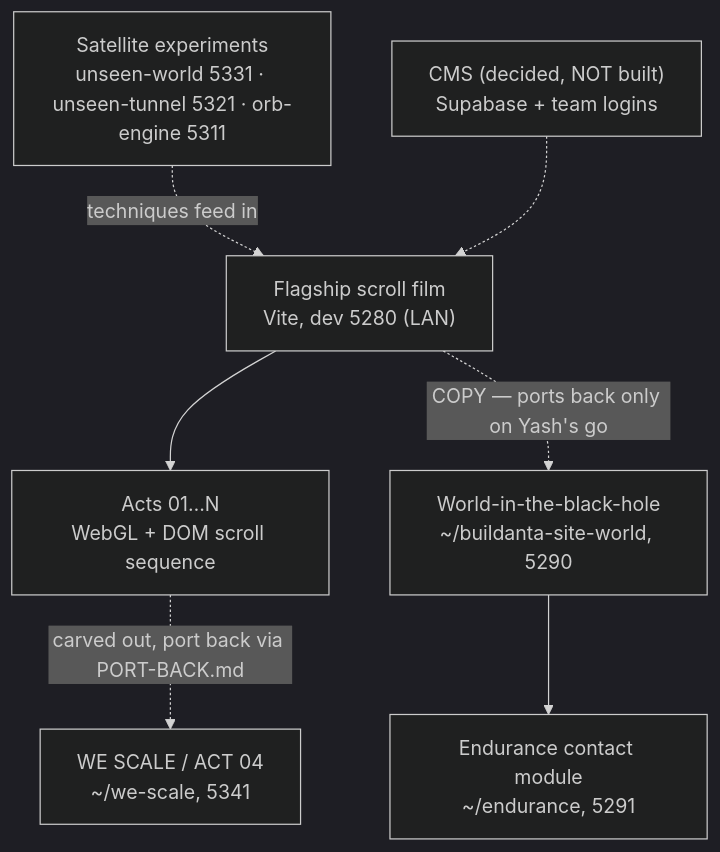
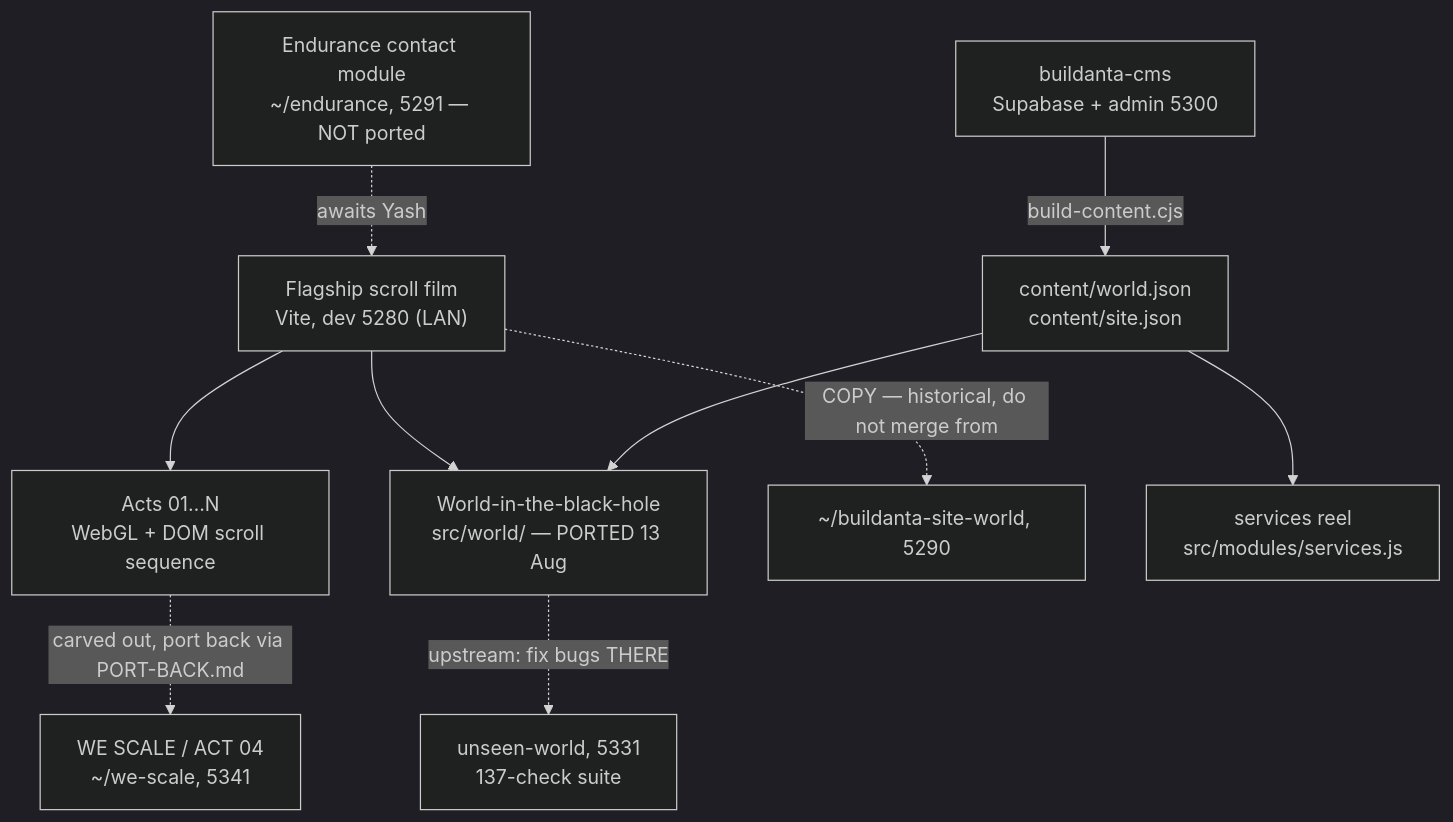
The diagram in ARCHITECTURE.md (Sarthak01819/Buildanta-Solution-Optimized), drawn with Mermaid (dark theme) before and after one commit. The commit also changed other lines of this file and 2 other files, not shown here.

First line of the commit message:
docs: living map + Do-NOT-touch for the ported world and the CMS loop

````diff
--- a/ARCHITECTURE.md
+++ b/ARCHITECTURE.md
@@ -10,9 +10,12 @@
 ```mermaid
 flowchart TD
   SITE["Flagship scroll film<br/>Vite, dev 5280 (LAN)"] --> ACTS["Acts 01…N<br/>WebGL + DOM scroll sequence"]
   ACTS -.->|"carved out, port back via PORT-BACK.md"| WESCALE["WE SCALE / ACT 04<br/>~/we-scale, 5341"]
-  SITE -.->|"COPY — ports back only on Yash's go"| WORLD["World-in-the-black-hole<br/>~/buildanta-site-world, 5290"]
-  WORLD --> ENDUR["Endurance contact module<br/>~/endurance, 5291"]
-  LAB["Satellite experiments<br/>unseen-world 5331 · unseen-tunnel 5321 · orb-engine 5311"] -.->|techniques feed in| SITE
-  CMS["CMS (decided, NOT built)<br/>Supabase + team logins"] -.-> SITE
+  SITE --> WORLD["World-in-the-black-hole<br/>src/world/ — PORTED 13 Aug"]
+  WORLD -.->|"upstream: fix bugs THERE"| UW["unseen-world, 5331<br/>137-check suite"]
+  SITE -.->|"COPY — historical, do not merge from"| OLD["~/buildanta-site-world, 5290"]
+  ENDUR["Endurance contact module<br/>~/endurance, 5291 — NOT ported"] -.->|awaits Yash| SITE
+  CMS["buildanta-cms<br/>Supabase + admin 5300"] -->|"build-content.cjs"| CONTENT["content/world.json<br/>content/site.json"]
+  CONTENT --> WORLD
+  CONTENT --> REEL["services reel<br/>src/modules/services.js"]
 ```
````
